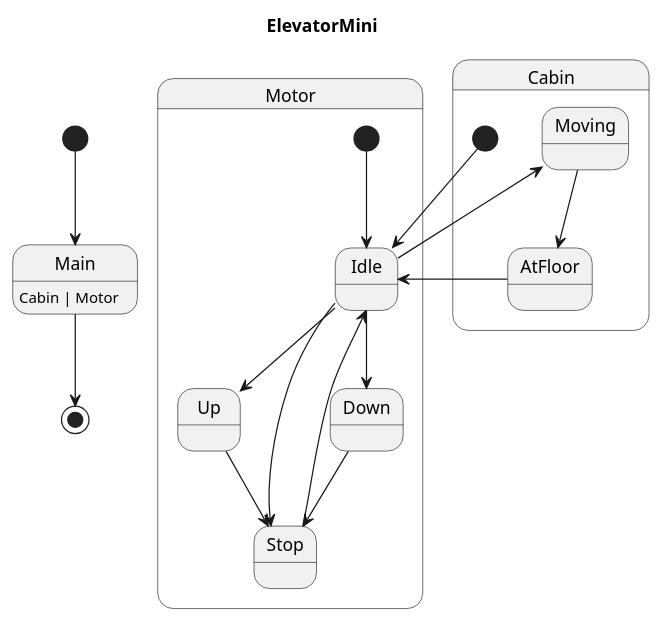
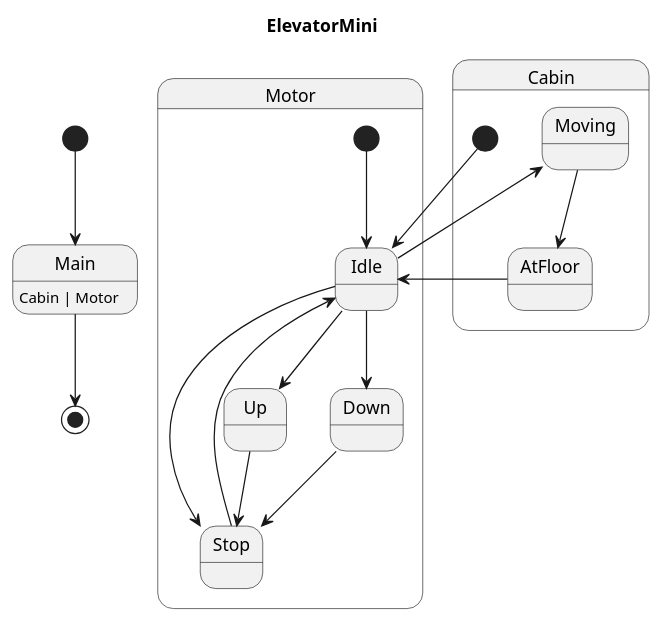
One commit to Pastor/Takt changed the diagram in examples/generated/plantuml/elevator_mini.puml. Above: the diagram before and after it, drawn with PlantUML. The commit also changed other lines of this file and 9 other files, not shown here.

```diff
--- a/examples/generated/plantuml/elevator_mini.puml
+++ b/examples/generated/plantuml/elevator_mini.puml
@@ -1,25 +1,25 @@
 @startuml
 title ElevatorMini
 
 [*] --> Main
 Main : Cabin | Motor
 Main --> [*]
 
 state Motor {
     [*] --> Idle
+    Stop --> Idle
     Up --> Stop
-    Stop --> Idle
     Idle --> Up
     Idle --> Down
     Idle --> Stop
     Down --> Stop
 }
 
 state Cabin {
     [*] --> Idle
+    Idle --> Moving
     AtFloor --> Idle
     Moving --> AtFloor
-    Idle --> Moving
 }
 
 @enduml
```
